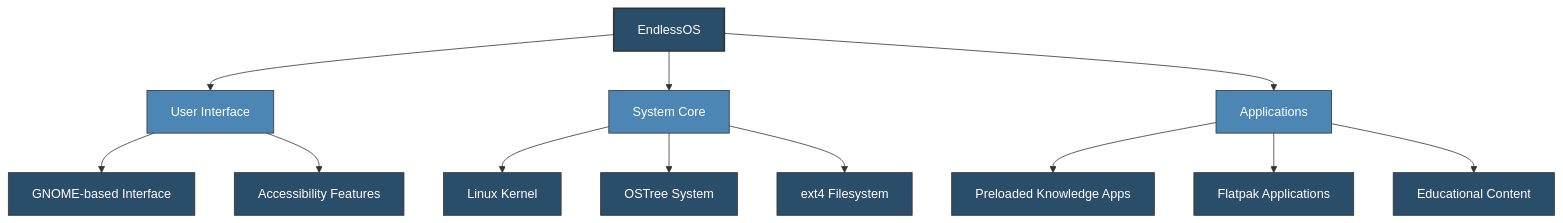
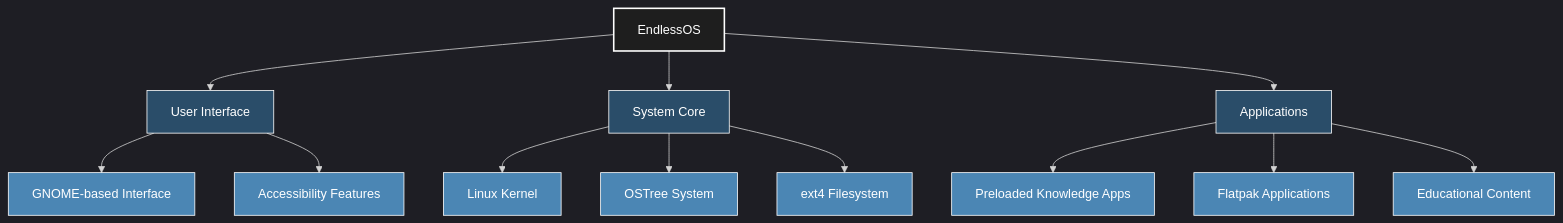
One commit to Ananya-Addisu/Endless-OS changed the first of 9 diagrams in README.md. Above: the diagram before and after it, drawn with Mermaid. The commit also changed other lines of this file, not shown here.

````diff
--- a/README.md
+++ b/README.md
@@ -38,30 +38,31 @@
 ```mermaid
+%%{init: {'theme': 'dark'}}%%
 flowchart TD
     A[EndlessOS] --> B[User Interface]
     A --> C[System Core]
     A --> D[Applications]
     
     B --> B1[GNOME-based Interface]
     B --> B2[Accessibility Features]
     
     C --> C1[Linux Kernel]
     C --> C2[OSTree System]
     C --> C3[ext4 Filesystem]
     
     D --> D1[Preloaded Knowledge Apps]
     D --> D2[Flatpak Applications]
     D --> D3[Educational Content]
     
-    style A fill:#2A4D69,stroke:#333,stroke-width:2px,color:#ffffff
-    style B fill:#4B86B4,stroke:#333,stroke-width:1px,color:#ffffff
-    style C fill:#4B86B4,stroke:#333,stroke-width:1px,color:#ffffff
-    style D fill:#4B86B4,stroke:#333,stroke-width:1px,color:#ffffff
-    style B1 fill:#2A4D69,stroke:#333,stroke-width:1px,color:#ffffff
-    style B2 fill:#2A4D69,stroke:#333,stroke-width:1px,color:#ffffff
-    style C1 fill:#2A4D69,stroke:#333,stroke-width:1px,color:#ffffff
-    style C2 fill:#2A4D69,stroke:#333,stroke-width:1px,color:#ffffff
-    style C3 fill:#2A4D69,stroke:#333,stroke-width:1px,color:#ffffff
-    style D1 fill:#2A4D69,stroke:#333,stroke-width:1px,color:#ffffff
-    style D2 fill:#2A4D69,stroke:#333,stroke-width:1px,color:#ffffff
-    style D3 fill:#2A4D69,stroke:#333,stroke-width:1px,color:#ffffff
+    style A fill:#1E1E1E,stroke:#FFF,stroke-width:2px,color:#FFF
+    style B fill:#2A4D69,stroke:#FFF,stroke-width:1px,color:#FFF
+    style C fill:#2A4D69,stroke:#FFF,stroke-width:1px,color:#FFF
+    style D fill:#2A4D69,stroke:#FFF,stroke-width:1px,color:#FFF
+    style B1 fill:#4B86B4,stroke:#FFF,stroke-width:1px,color:#FFF
+    style B2 fill:#4B86B4,stroke:#FFF,stroke-width:1px,color:#FFF
+    style C1 fill:#4B86B4,stroke:#FFF,stroke-width:1px,color:#FFF
+    style C2 fill:#4B86B4,stroke:#FFF,stroke-width:1px,color:#FFF
+    style C3 fill:#4B86B4,stroke:#FFF,stroke-width:1px,color:#FFF
+    style D1 fill:#4B86B4,stroke:#FFF,stroke-width:1px,color:#FFF
+    style D2 fill:#4B86B4,stroke:#FFF,stroke-width:1px,color:#FFF
+    style D3 fill:#4B86B4,stroke:#FFF,stroke-width:1px,color:#FFF
 ```
````
